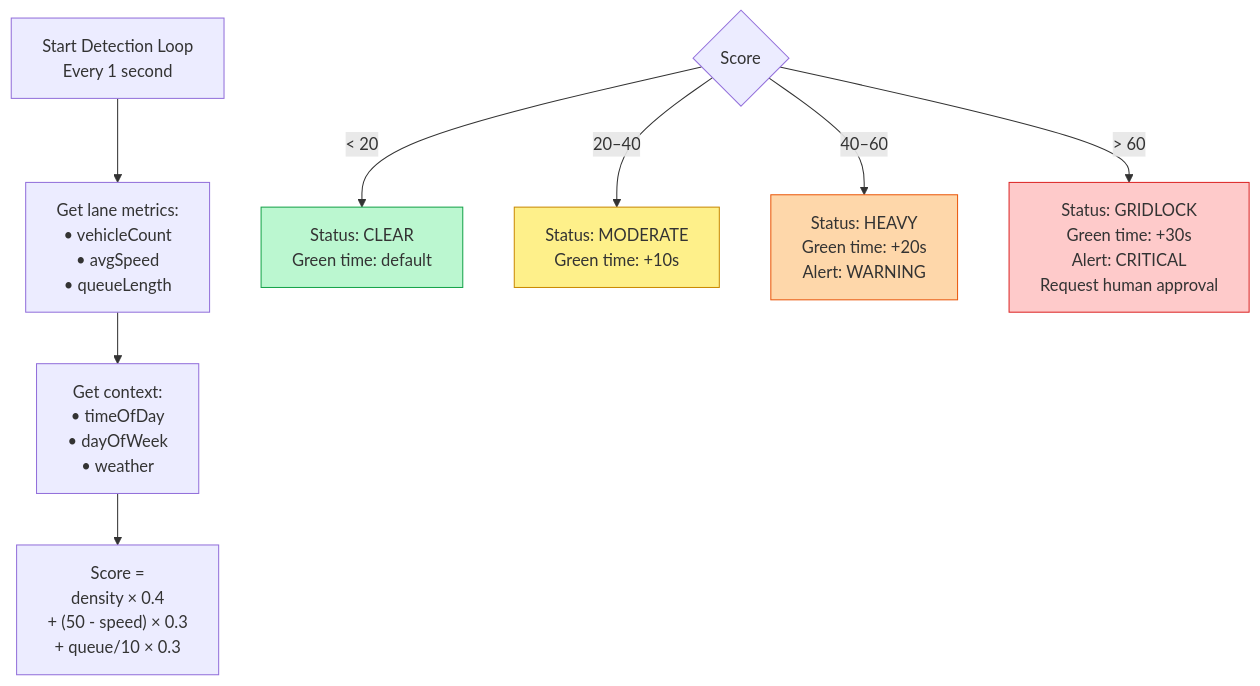
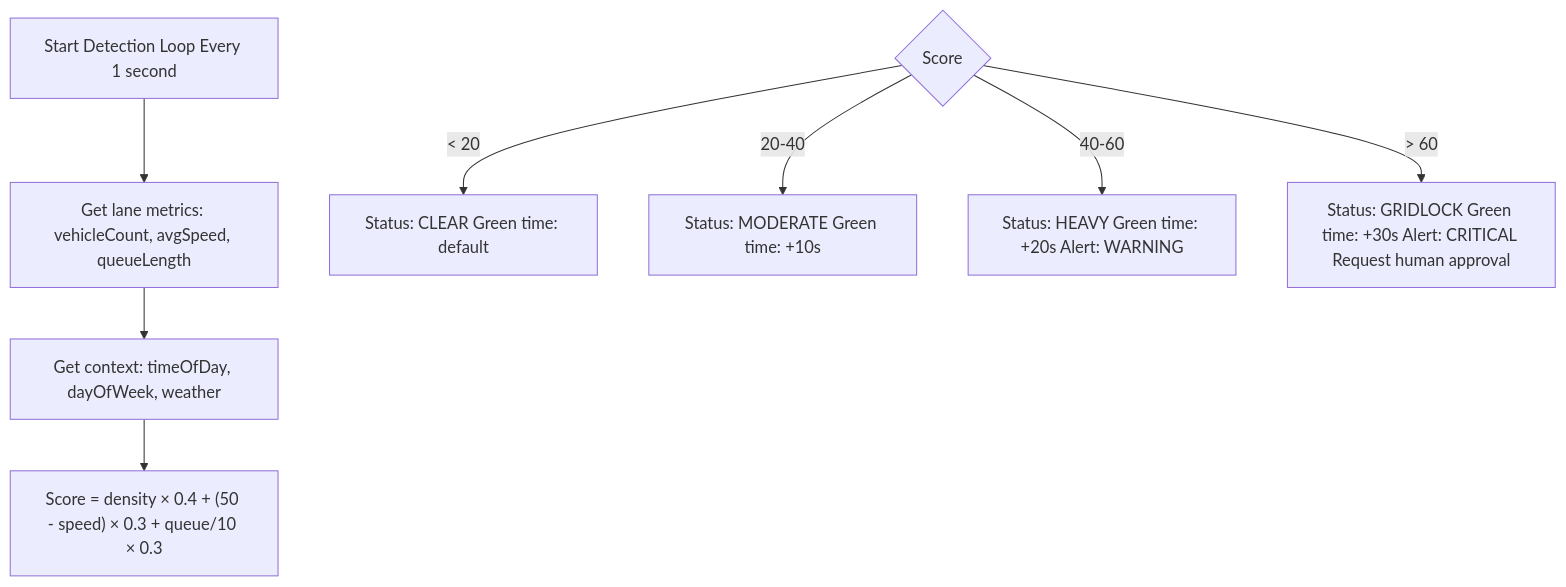
One commit to tanh1c/agent-traffic changed the fourth of 9 diagrams in docs/architecture.md. Above: the diagram before and after it, drawn with Mermaid. The commit also changed other lines of this file, not shown here.

Commit message:
docs: use default mermaid colors and English only

````diff
--- a/docs/architecture.md
+++ b/docs/architecture.md
@@ -150,28 +150,21 @@
 ```mermaid
 flowchart TD
-    START["Start Detection Loop<br/>Every 1 second"]
-    INPUT["Get lane metrics:<br/>• vehicleCount<br/>• avgSpeed<br/>• queueLength"]
-    CONTEXT["Get context:<br/>• timeOfDay<br/>• dayOfWeek<br/>• weather"]
+    START["Start Detection Loop Every 1 second"]
+    INPUT["Get lane metrics: vehicleCount, avgSpeed, queueLength"]
+    CONTEXT["Get context: timeOfDay, dayOfWeek, weather"]
     CALC["Calculate congestion score"]
     SCORE{"Score"}
-    CLEAR["Status: CLEAR<br/>Green time: default"]
-    MODERATE["Status: MODERATE<br/>Green time: +10s"]
-    HEAVY["Status: HEAVY<br/>Green time: +20s<br/>Alert: WARNING"]
-    GRIDLOCK["Status: GRIDLOCK<br/>Green time: +30s<br/>Alert: CRITICAL<br/>Request human approval"]
+    CLEAR["Status: CLEAR Green time: default"]
+    MODERATE["Status: MODERATE Green time: +10s"]
+    HEAVY["Status: HEAVY Green time: +20s Alert: WARNING"]
+    GRIDLOCK["Status: GRIDLOCK Green time: +30s Alert: CRITICAL Request human approval"]
 
     START --> INPUT
     INPUT --> CONTEXT
     CONTEXT --> CALC
-
-    CALC["Score =<br/>density × 0.4<br/>+ (50 - speed) × 0.3<br/>+ queue/10 × 0.3"]
-
+    CALC["Score = density × 0.4 + (50 - speed) × 0.3 + queue/10 × 0.3"]
     SCORE -->|"< 20"| CLEAR
-    SCORE -->|"20–40"| MODERATE
-    SCORE -->|"40–60"| HEAVY
+    SCORE -->|"20-40"| MODERATE
+    SCORE -->|"40-60"| HEAVY
     SCORE -->|"> 60"| GRIDLOCK
-
-    style CLEAR fill:#bbf7d0,stroke:#16a34a
-    style MODERATE fill:#fef08a,stroke:#ca8a04
-    style HEAVY fill:#fed7aa,stroke:#ea580c
-    style GRIDLOCK fill:#fecaca,stroke:#dc2626
 ```
````
